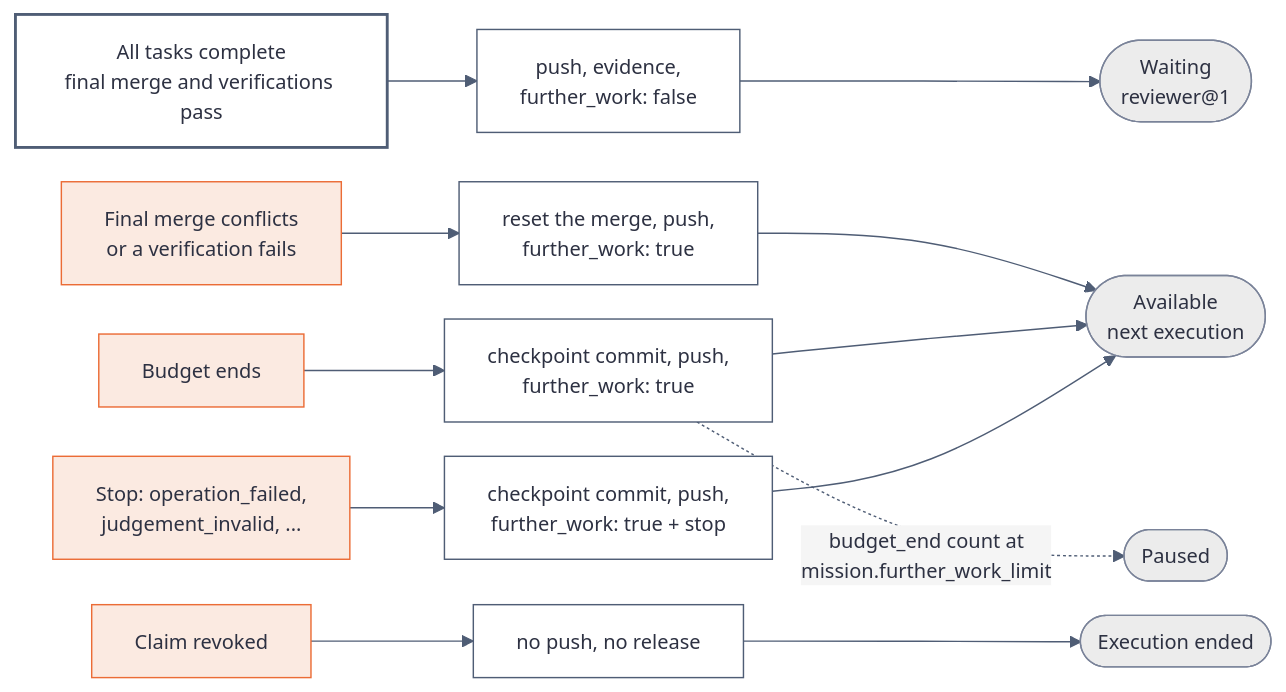
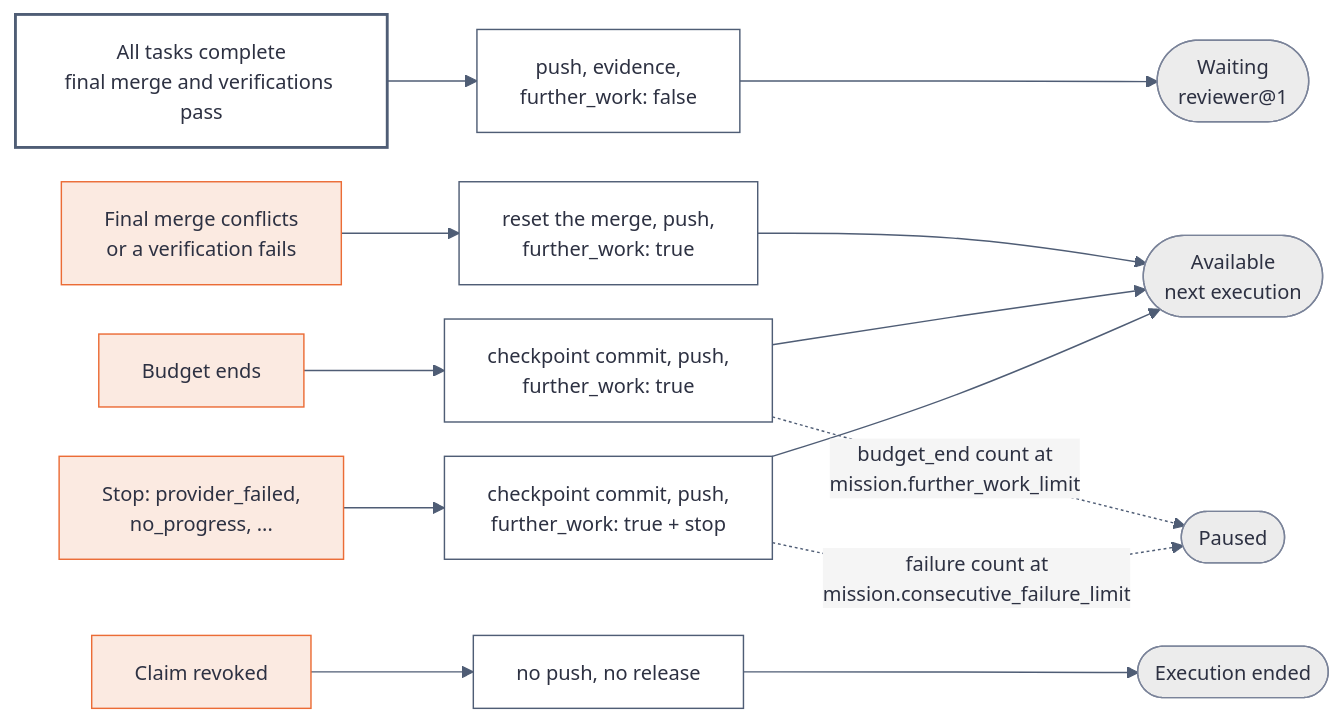
One commit to kanthorlabs/kanthord changed the fourth of 4 diagrams in docs/explanation/coder-worker.md. Above: the diagram before and after it, drawn with Mermaid. The commit also changed other lines of this file and 31 other files, not shown here.

````diff
--- a/docs/explanation/coder-worker.md
+++ b/docs/explanation/coder-worker.md
@@ -216,18 +293,19 @@
 ```mermaid
 %%{init: {"theme": "base", "themeVariables": {"background": "#f5f5f5", "primaryColor": "#ffffff", "primaryTextColor": "#2d3142", "primaryBorderColor": "#4f5d75", "secondaryColor": "#ececec", "tertiaryColor": "#f5f5f5", "lineColor": "#4f5d75", "edgeLabelBackground": "#f5f5f5", "fontFamily": "system-ui, sans-serif", "fontSize": "14px"}, "flowchart": {"htmlLabels": true, "useMaxWidth": false, "nodeSpacing": 24, "rankSpacing": 40}}}%%
 flowchart LR
     accTitle: How a coder@1 execution ends
-    accDescr: Four kinds of end. Success releases with further_work false to Waiting. A failed final merge and a budget end release with further_work true to Available. A stop releases with further_work true and the stop reason. A revocation ends with no release.
+    accDescr: Success releases with further work false to Waiting. A failed final merge and a budget end release with further work true to Available. A stop releases with further work true and the stop reason. A revocation ends with no release.
     ok["All tasks complete<br/>final merge and verifications pass"] --> r1["push, evidence,<br/>further_work: false"] --> waiting(["Waiting<br/>reviewer@1"])
     merge["Final merge conflicts<br/>or a verification fails"] --> r2["reset the merge, push,<br/>further_work: true"] --> available(["Available<br/>next execution"])
     budget["Budget ends"] --> r3["checkpoint commit, push,<br/>further_work: true"] --> available
     r3 -. "budget_end count at<br/>mission.further_work_limit" .-> paused(["Paused"])
-    stop["Stop: operation_failed,<br/>judgement_invalid, ..."] --> r4["checkpoint commit, push,<br/>further_work: true + stop"] --> available
+    stop["Stop: provider_failed,<br/>no_progress, ..."] --> r4["checkpoint commit, push,<br/>further_work: true + stop"] --> available
+    r4 -. "failure count at<br/>mission.consecutive_failure_limit" .-> paused
     revoked["Claim revoked"] --> r5["no push, no release"] --> ended(["Execution ended"])
     classDef good fill:#ffffff,stroke:#4f5d75,color:#2d3142,stroke-width:2px;
     classDef focal fill:#fbeae1,stroke:#eb6c36,color:#2d3142;
     classDef outcome fill:#ececec,stroke:#7a8399,color:#2d3142;
     class ok good;
     class merge,budget,stop,revoked focal;
     class waiting,available,paused,ended outcome;
 ```
````
